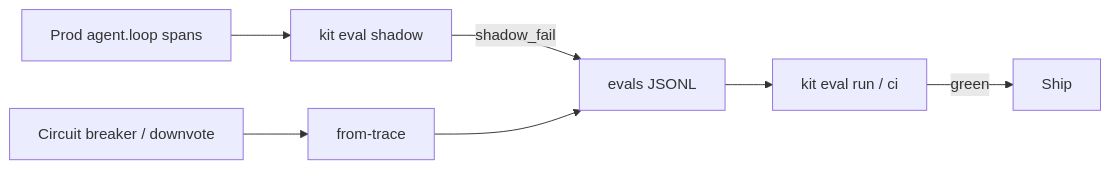
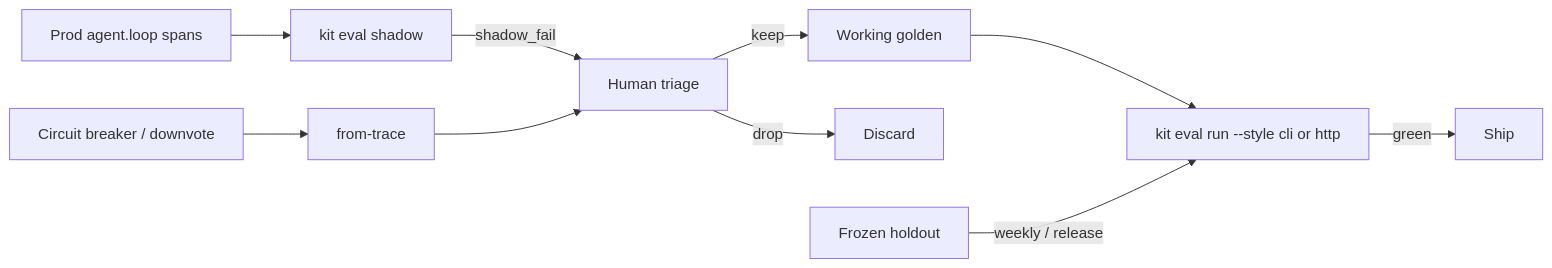
One commit to mzworthington/agent-lifecycle-kit changed the diagram in SOPs/edd-production-telemetry.md. Above: the diagram before and after it, drawn with Mermaid. The commit also changed other lines of this file and 16 other files, not shown here.

````diff
--- a/SOPs/edd-production-telemetry.md
+++ b/SOPs/edd-production-telemetry.md
@@ -50,9 +58,12 @@
 ```mermaid
 flowchart LR
   prod[Prod agent.loop spans] --> shadow[kit eval shadow]
-  shadow -->|shadow_fail| jsonl[evals JSONL]
+  shadow -->|shadow_fail| triage[Human triage]
   miss[Circuit breaker / downvote] --> fromTrace[from-trace]
-  fromTrace --> jsonl
-  jsonl --> ci[kit eval run / ci]
-  ci -->|green| ship[Ship]
+  fromTrace --> triage
+  triage -->|keep| golden[Working golden]
+  triage -->|drop| discard[Discard]
+  golden --> live[kit eval run --style cli or http]
+  hold[Frozen holdout] -->|weekly / release| live
+  live -->|green| ship[Ship]
 ```
````
